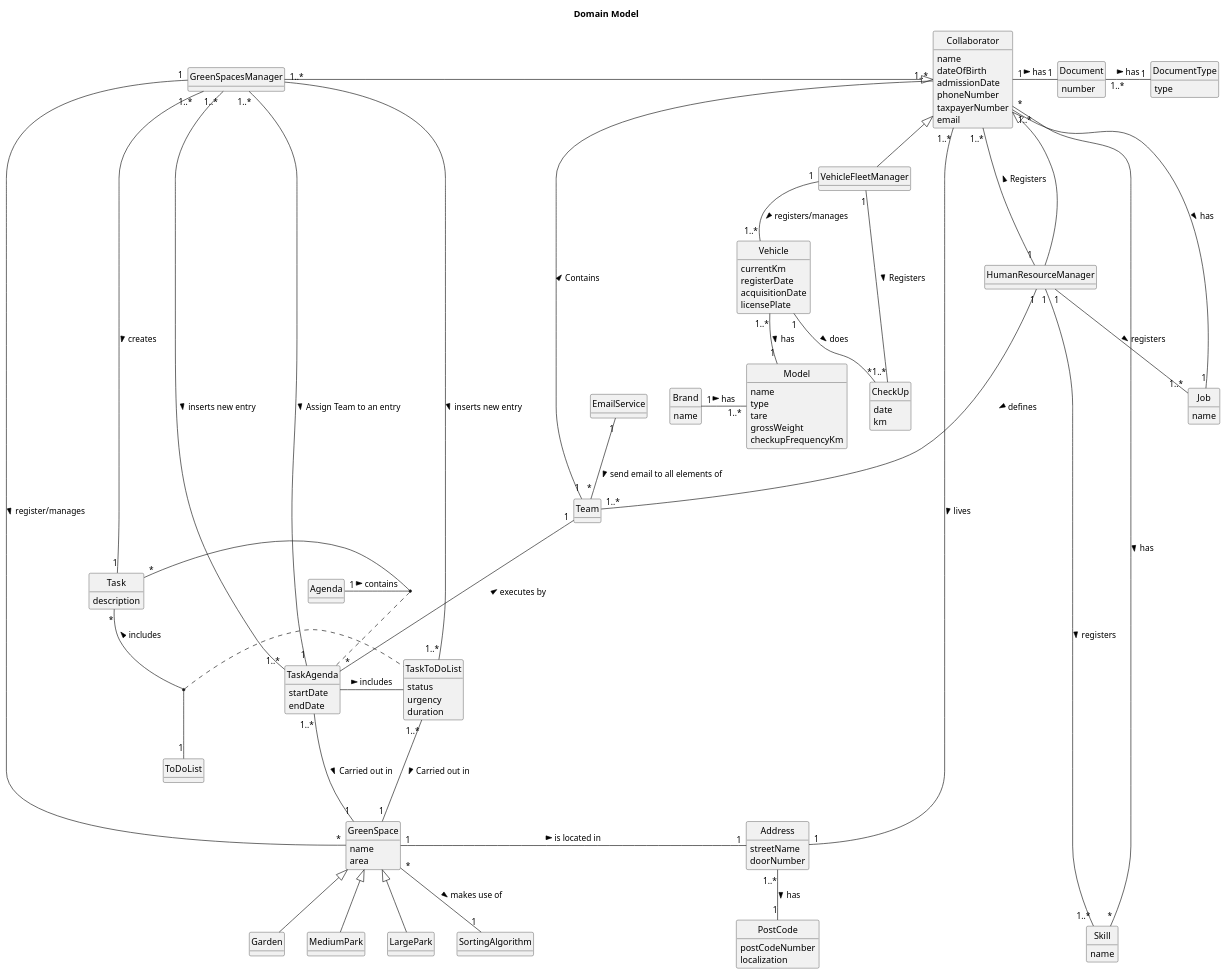
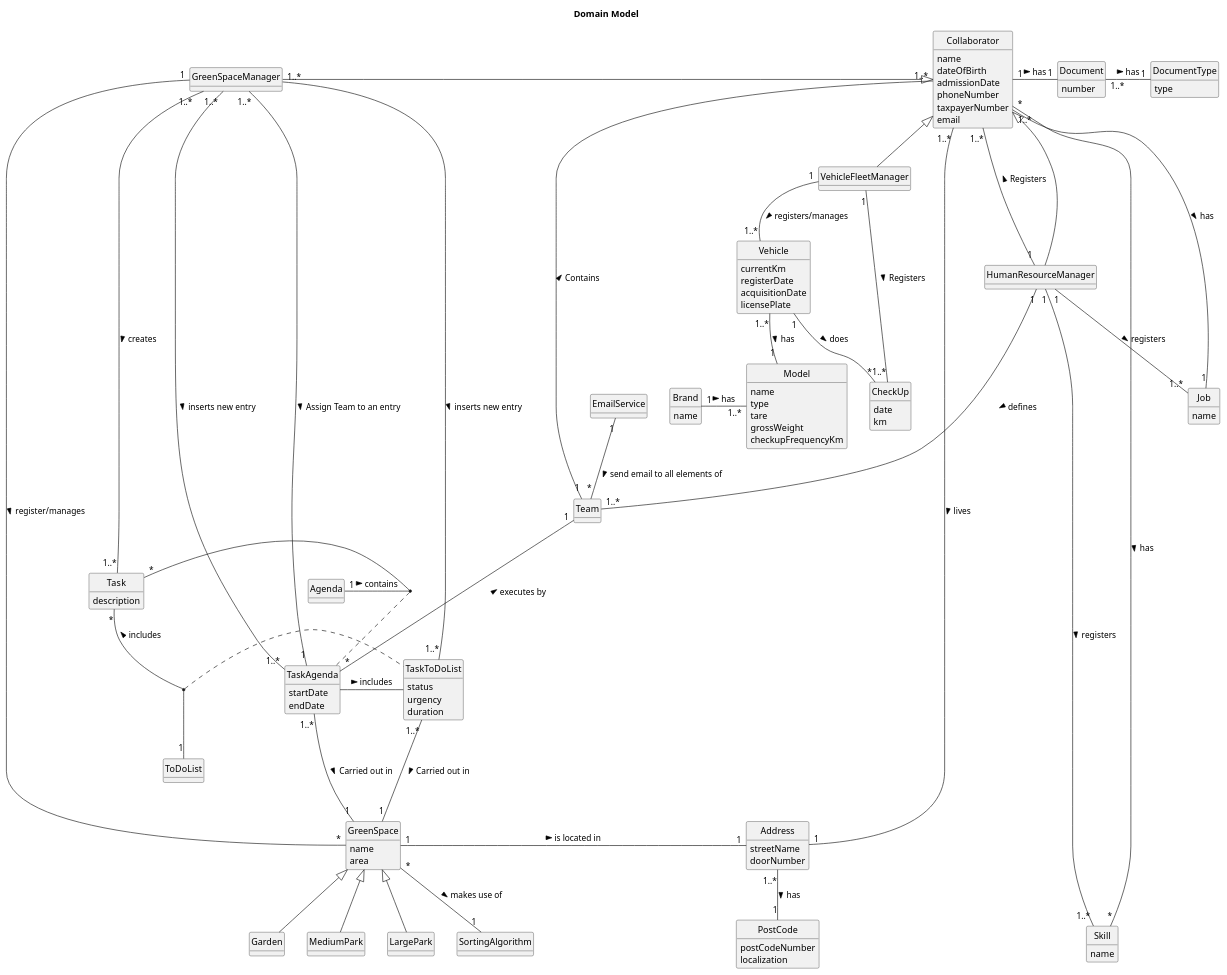
The diagram in docs/sprint3/global-artifacts/02.analysis/puml/partial-use-domain-model.puml (Departamento-de-Engenharia-Informatica/lei-24-s2-1db-g022), drawn with PlantUML before and after one commit. The commit also changed 13 other files, not shown here.

```diff
--- a/docs/sprint3/global-artifacts/02.analysis/puml/partial-use-domain-model.puml
+++ b/docs/sprint3/global-artifacts/02.analysis/puml/partial-use-domain-model.puml
@@ -1,177 +1,177 @@
 @startuml
 skinparam monochrome true
 skinparam packageStyle rectangle
 skinparam shadowing false
 skinparam classAttributeIconSize 0
 hide circle
 hide methods
 
 title Domain Model
 
 class Collaborator {
     name
     dateOfBirth
     admissionDate
     phoneNumber
     taxpayerNumber
     email
 }
 
 class Document{
     number
 }
 
 class DocumentType{
     type
 }
 
 class Address {
     streetName
     doorNumber
 }
 
 class PostCode{
     postCodeNumber
     localization
 }
 
 class VehicleFleetManager {
 }
 
 class HumanResourceManager {
 }
 
 class Brand {
      name
 }
 
 class Model {
      name
      type
      tare
      grossWeight
      checkupFrequencyKm
 }
 
 class Vehicle {
     currentKm
     registerDate
     acquisitionDate
     licensePlate
 }
 
 class Skill{
     name
 }
 
 class Job{
     name
 }
 class Team{
 }
 
 class CheckUp{
     date
     km
 }
 
-class GreenSpacesManager {
+class GreenSpaceManager {
 }
 
 class GreenSpace {
     name
     area
 }
 
 class Garden {
 }
 
 class MediumPark {
 }
 
 class LargePark {
 }
 
 class ToDoList {
 }
 
 class TaskToDoList{
     status
     urgency
     duration
 }
 
 class TaskAgenda{
     startDate
     endDate
 }
 
 class Task {
     description
 }
 
 class Agenda{
 }
 
 Address "1..*" -- "1" PostCode : has >
 
 Document "1..*" - "1" DocumentType : has >
 
 '-------------Collaborator-------------
 Collaborator "1" - "1" Document : has >
 Collaborator "1..*" --- "1" Job : has >
 Collaborator  <|--  HumanResourceManager
 Collaborator <|-- VehicleFleetManager
-GreenSpacesManager  -|>  Collaborator
+GreenSpaceManager  -|>  Collaborator
 Address "1" - "1..*" Collaborator : lives <
 Skill "*" ---------- "*" Collaborator : has <
 Collaborator "1..*" ----- "1" Team : Contains <
 
 '-------------HumanResourceManager-------------
 HumanResourceManager "1" -- "1..*" Skill : registers >
 HumanResourceManager "1" -- "1..*" Job : registers >
 HumanResourceManager "1" --- "1..*" Collaborator : Registers >
 HumanResourceManager "1" -- "1..*" Team : defines >
 
 '-------------VehicleFleetManager-------------
 VehicleFleetManager "1" -- "1..*" Vehicle : registers/manages >
 VehicleFleetManager "1" -- "1..*" CheckUp : Registers >
 
 '-------------Brand-------------
 Brand "1" -  "1..*" Model : has >
 
 '-------------Vehicle-------------
 Vehicle "1..*" -- "1" Model : has >
 Vehicle "1" -- "*" CheckUp : does >
 
-'-------------GreenSpacesManager-------------
-GreenSpacesManager "1" - "*" GreenSpace : register/manages >
-GreenSpacesManager "1..*" -- "1" Task : creates >
-GreenSpacesManager "1..*" - "1..*" TaskToDoList : inserts new entry >
-GreenSpacesManager "1..*" - "1..*" TaskAgenda : inserts new entry >
+'-------------GreenSpaceManager-------------
+GreenSpaceManager "1" - "*" GreenSpace : register/manages >
+GreenSpaceManager "1..*" -- "1..*" Task : creates >
+GreenSpaceManager "1..*" - "1..*" TaskToDoList : inserts new entry >
+GreenSpaceManager "1..*" - "1..*" TaskAgenda : inserts new entry >
 
 '-------------GreenSpace-------------
 GreenSpace "1" - "1" Address : is located in >
 GreenSpace <|-- Garden
 GreenSpace <|-- MediumPark
 GreenSpace <|-- LargePark
 
 TaskAgenda "1..*" --- "1" GreenSpace :  Carried out in  >
 TaskToDoList "1..*" --- "1" GreenSpace :  Carried out in  >
 
 Task "*" -- "1" ToDoList : includes <
 
 
-GreenSpacesManager "1..*" - "1" TaskAgenda : Assign Team to an entry >
+GreenSpaceManager "1..*" - "1" TaskAgenda : Assign Team to an entry >
 Team "1" --- "*" TaskAgenda : executes by <
 Agenda "1" - "*" Task : contains >
 
 EmailService "1" -- "*" Team :  send email to all elements of >
 
 GreenSpace "*" -- "1" SortingAlgorithm : makes use of >
 
 (Task,ToDoList) .. TaskToDoList
 (Task,Agenda) .. TaskAgenda
 
 TaskAgenda - TaskToDoList : includes >
 @enduml
```
